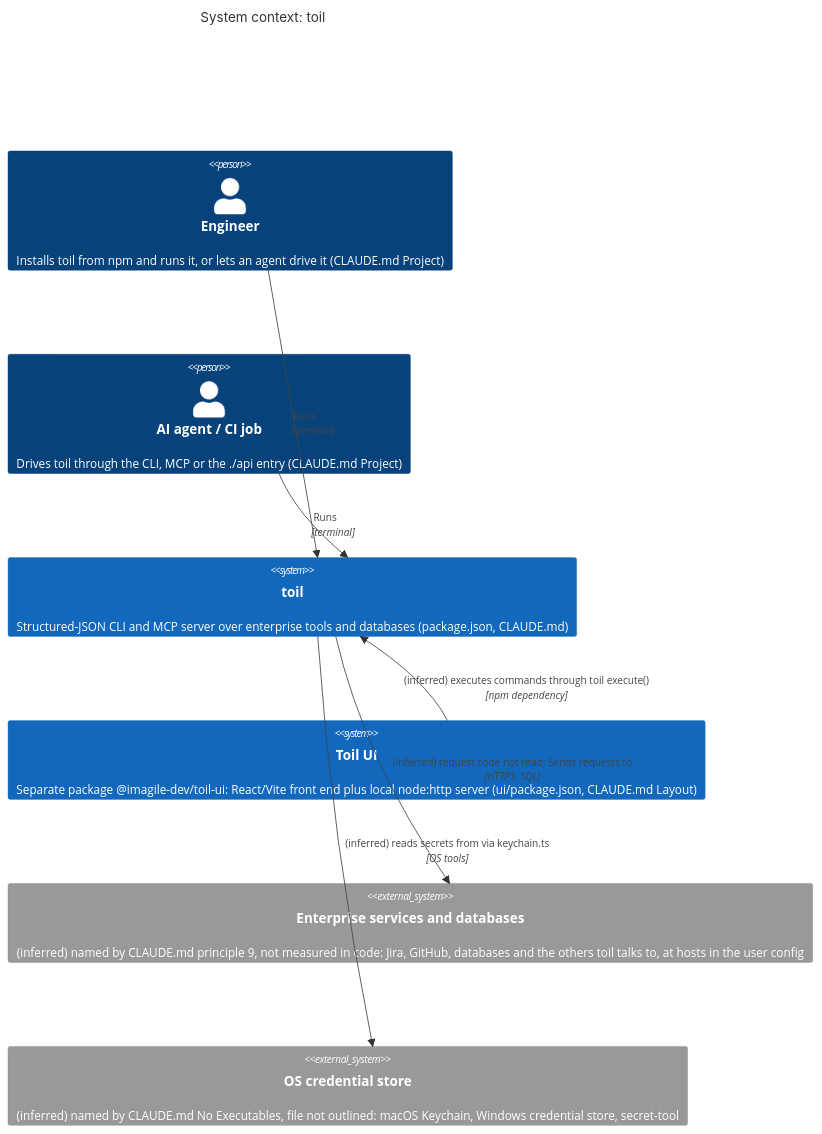
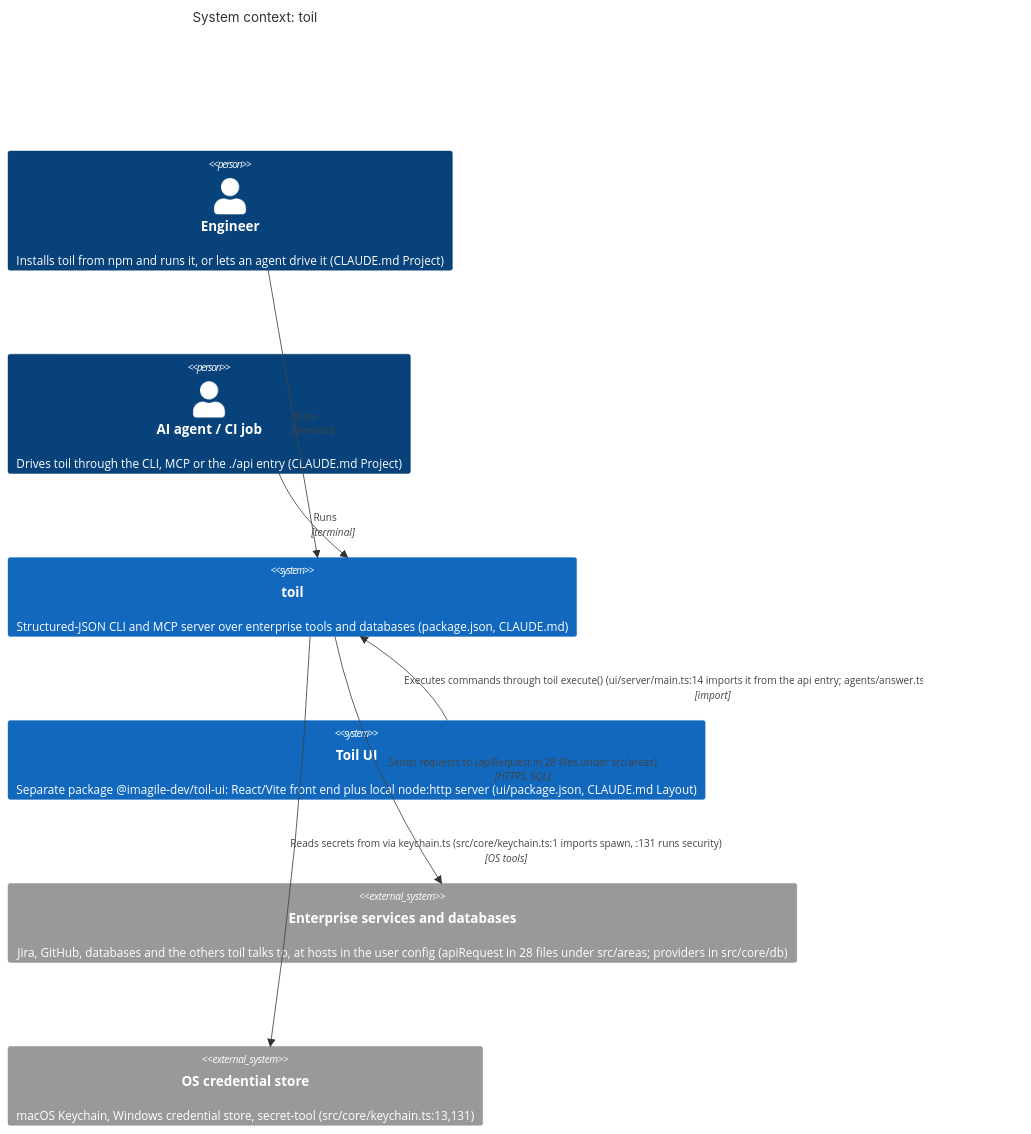
The first of 2 diagrams in docs/map/README.md (imagile-dev/toil), drawn with Mermaid before and after one commit. The commit also changed other lines of this file and 6 other files, not shown here.

````diff
--- a/docs/map/README.md
+++ b/docs/map/README.md
@@ -26,19 +28,19 @@
 ```mermaid
 C4Context
 title System context: toil
 
 Person(engineer, "Engineer", "Installs toil from npm and runs it, or lets an agent drive it (CLAUDE.md Project)")
 Person(agent, "AI agent / CI job", "Drives toil through the CLI, MCP or the ./api entry (CLAUDE.md Project)")
 System(toil, "toil", "Structured-JSON CLI and MCP server over enterprise tools and databases (package.json, CLAUDE.md)")
 System(toil_ui, "Toil UI", "Separate package @imagile-dev/toil-ui: React/Vite front end plus local node:http server (ui/package.json, CLAUDE.md Layout)")
-System_Ext(services, "Enterprise services and databases", "(inferred) named by CLAUDE.md principle 9, not measured in code: Jira, GitHub, databases and the others toil talks to, at hosts in the user config")
-System_Ext(credstore, "OS credential store", "(inferred) named by CLAUDE.md No Executables, file not outlined: macOS Keychain, Windows credential store, secret-tool")
+System_Ext(services, "Enterprise services and databases", "Jira, GitHub, databases and the others toil talks to, at hosts in the user config (apiRequest in 28 files under src/areas; providers in src/core/db)")
+System_Ext(credstore, "OS credential store", "macOS Keychain, Windows credential store, secret-tool (src/core/keychain.ts:13,131)")
 
 Rel(engineer, toil, "Runs", "terminal")
 Rel(agent, toil, "Calls tools on", "MCP stdio")
 Rel(agent, toil, "Imports and calls execute()", "npm ./api")
 Rel(agent, toil, "Runs", "terminal")
-Rel(toil, services, "(inferred) request code not read; Sends requests to", "HTTPS, SQL")
-Rel(toil, credstore, "(inferred) reads secrets from via keychain.ts", "OS tools")
-Rel(toil_ui, toil, "(inferred) executes commands through toil execute()", "npm dependency")
+Rel(toil, services, "Sends requests to (apiRequest in 28 files under src/areas)", "HTTPS, SQL")
+Rel(toil, credstore, "Reads secrets from via keychain.ts (src/core/keychain.ts:1 imports spawn, :131 runs security)", "OS tools")
+Rel(toil_ui, toil, "Executes commands through toil execute() (ui/server/main.ts:14 imports it from the api entry; agents/answer.ts:21 imports src/core)", "import")
 ```
````
